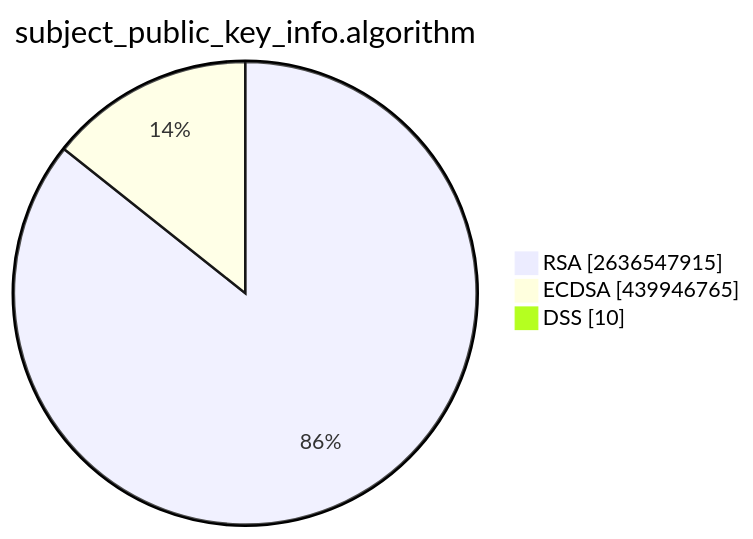
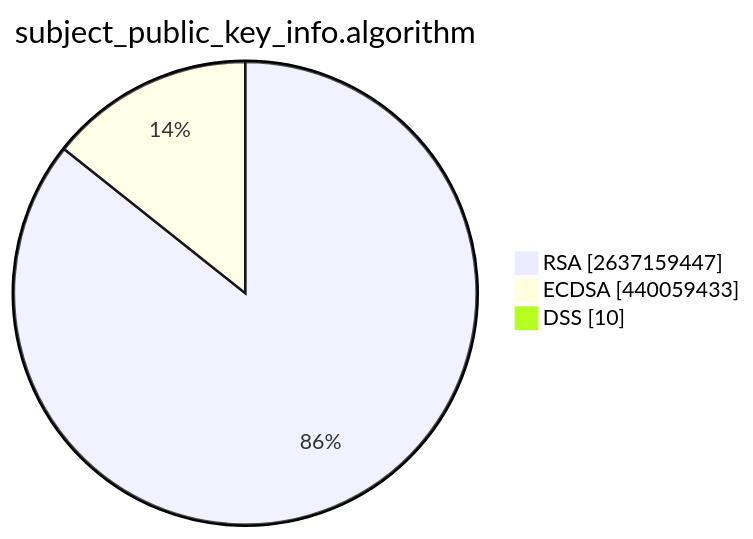
One commit to christiankrug/ctmonitor_visualization changed the second of 15 diagrams in TOTAL/README.md. Above: the diagram before and after it, drawn with Mermaid. The commit also changed other lines of this file, not shown here.

````diff
--- a/TOTAL/README.md
+++ b/TOTAL/README.md
@@ -6,7 +6,7 @@
 ```mermaid
 pie showData
 title subject_public_key_info.algorithm
-"RSA" :2636547915
-"ECDSA" :439946765
+"RSA" :2637159447
+"ECDSA" :440059433
 "DSS" :10
 ```
````
